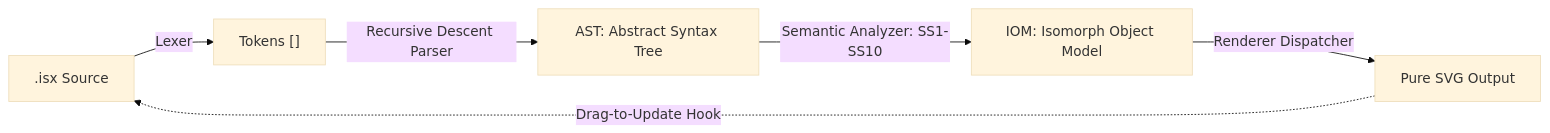
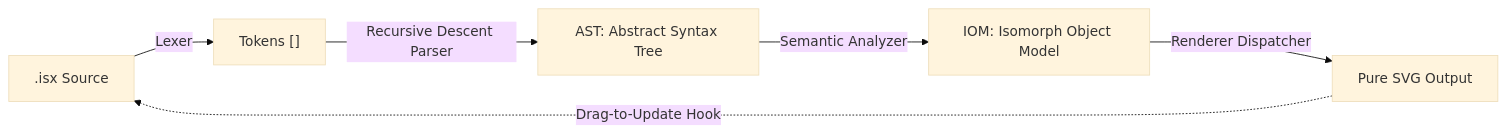
Before and after one commit to Lucian-Adrian/isomorph: the diagram in README.md, drawn with Mermaid (base theme). The commit also changed other lines of this file and 42 other files, not shown here.

````diff
--- a/README.md
+++ b/README.md
@@ -100,8 +100,8 @@
 ```mermaid
 graph LR
     A[".isx Source"] -->|Lexer| B["Tokens []"]
     B -->|Recursive Descent Parser| C["AST: Abstract Syntax Tree"]
-    C -->|"Semantic Analyzer: SS1-SS10"| D["IOM: Isomorph Object Model"]
+    C -->|"Semantic Analyzer"| D["IOM: Isomorph Object Model"]
     D -->|Renderer Dispatcher| E["Pure SVG Output"]
     E -.->|"Drag-to-Update Hook"| A
 ```
````
